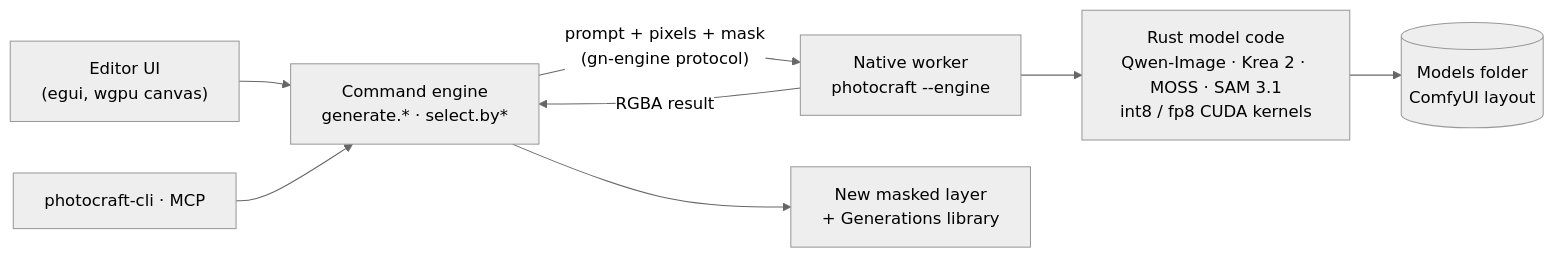
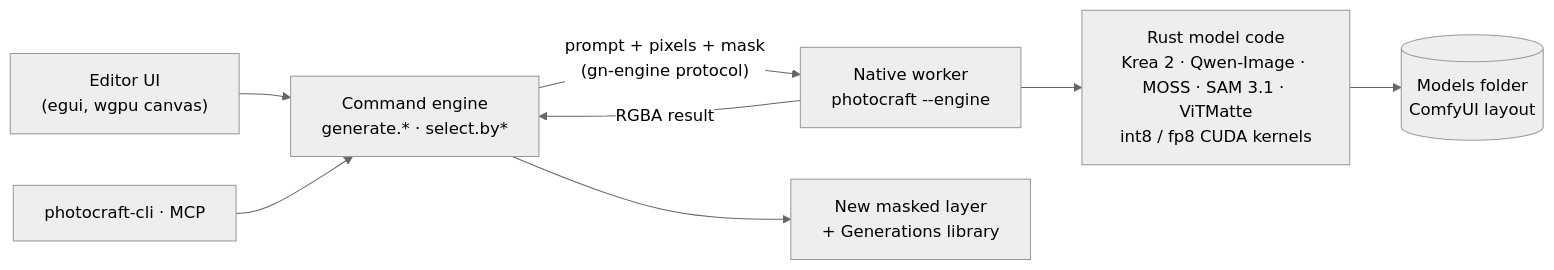
One commit to CodyChuGit/ShotoPhopEX changed the diagram in README.md. Above: the diagram before and after it, drawn with Mermaid (neutral theme). The commit also changed other lines of this file, not shown here.

First line of the commit message:
README: rewrite around the new features (Split, Object Select Parts, Clown Pass, Generative Remove, Quality, MOSS Turbo, 12 GB tier)

````diff
--- a/README.md
+++ b/README.md
@@ -370,10 +426,10 @@
 ```mermaid
 flowchart LR
     UI["Editor UI<br/>(egui, wgpu canvas)"] --> CMD["Command engine<br/>generate.* · select.by*"]
     CLI["photocraft-cli · MCP"] --> CMD
     CMD -->|"prompt + pixels + mask<br/>(gn-engine protocol)"| W["Native worker<br/>photocraft --engine"]
-    W --> K["Rust model code<br/>Qwen-Image · Krea 2 · MOSS · SAM 3.1<br/>int8 / fp8 CUDA kernels"]
+    W --> K["Rust model code<br/>Krea 2 · Qwen-Image · MOSS · SAM 3.1 · ViTMatte<br/>int8 / fp8 CUDA kernels"]
     K --> M[("Models folder<br/>ComfyUI layout")]
     W -->|"RGBA result"| CMD
     CMD --> L["New masked layer<br/>+ Generations library"]
 ```
````
